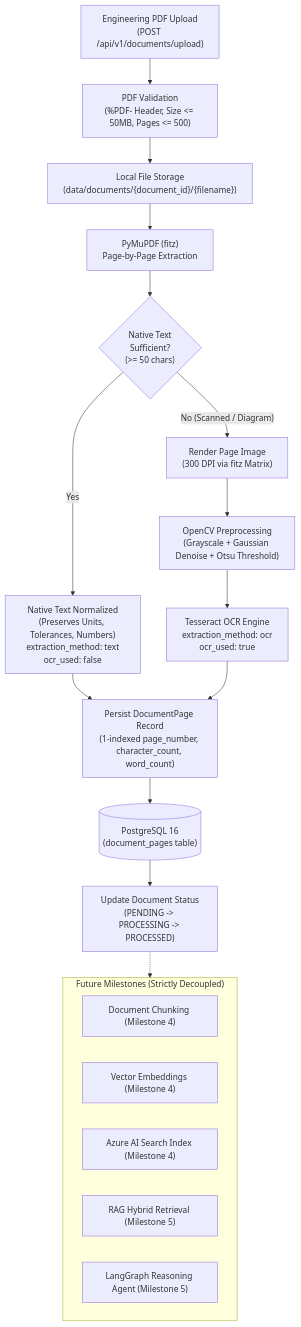
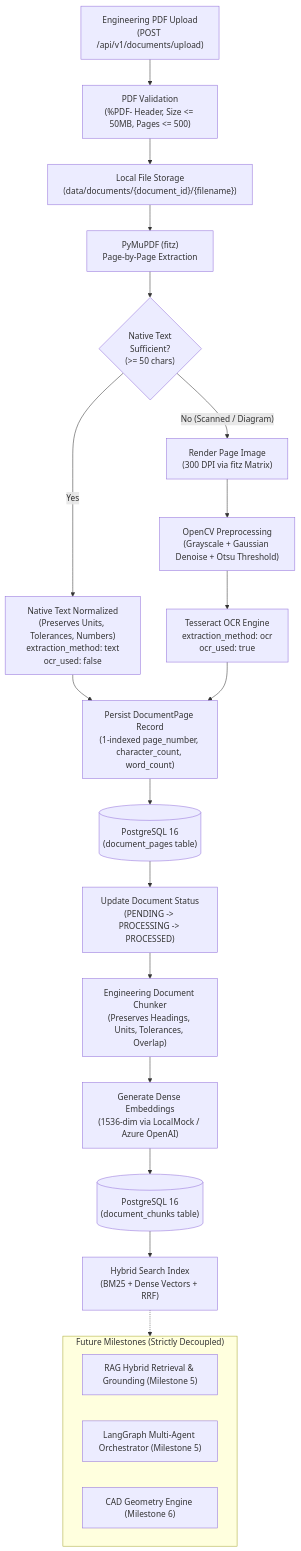
Before and after one commit to chargedleo/engineering-document-copilot: the second of 2 diagrams in architecture.md, drawn with Mermaid. The commit also changed other lines of this file and 28 other files, not shown here.

Commit message:
Complete Milestone 4 chunking and hybrid search

````diff
--- a/architecture.md
+++ b/architecture.md
@@ -118,29 +127,32 @@
 ```mermaid
 flowchart TD
     Upload["Engineering PDF Upload\n(POST /api/v1/documents/upload)"] --> Validation["PDF Validation\n(%PDF- Header, Size <= 50MB, Pages <= 500)"]
     Validation --> LocalStore["Local File Storage\n(data/documents/{document_id}/{filename})"]
     LocalStore --> PyMuPDF["PyMuPDF (fitz)\nPage-by-Page Extraction"]
     PyMuPDF --> Heuristic{"Native Text\nSufficient?\n(>= 50 chars)"}
 
     Heuristic -- Yes --> NativePath["Native Text Normalized\n(Preserves Units, Tolerances, Numbers)\nextraction_method: text\nocr_used: false"]
     Heuristic -- No (Scanned / Diagram) --> Render["Render Page Image\n(300 DPI via fitz Matrix)"]
 
     Render --> CV2["OpenCV Preprocessing\n(Grayscale + Gaussian Denoise + Otsu Threshold)"]
     CV2 --> OCR["Tesseract OCR Engine\nextraction_method: ocr\nocr_used: true"]
 
     NativePath --> SavePage["Persist DocumentPage Record\n(1-indexed page_number, character_count, word_count)"]
     OCR --> SavePage
 
     SavePage --> PostgresPages[("PostgreSQL 16\n(document_pages table)")]
     PostgresPages --> FinalStatus["Update Document Status\n(PENDING -> PROCESSING -> PROCESSED)"]
 
+    FinalStatus --> Chunking["Engineering Document Chunker\n(Preserves Headings, Units, Tolerances, Overlap)"]
+    Chunking --> EmbeddingGen["Generate Dense Embeddings\n(1536-dim via LocalMock / Azure OpenAI)"]
+    EmbeddingGen --> SaveChunks[("PostgreSQL 16\n(document_chunks table)")]
+    SaveChunks --> IndexSearch["Hybrid Search Index\n(BM25 + Dense Vectors + RRF)"]
+
     subgraph FuturePhases["Future Milestones (Strictly Decoupled)"]
-        Chunking["Document Chunking (Milestone 4)"]
-        Embeddings["Vector Embeddings (Milestone 4)"]
-        Search["Azure AI Search Index (Milestone 4)"]
-        RAG["RAG Hybrid Retrieval (Milestone 5)"]
-        LangGraph["LangGraph Reasoning Agent (Milestone 5)"]
+        RAG["RAG Hybrid Retrieval & Grounding (Milestone 5)"]
+        LangGraph["LangGraph Multi-Agent Orchestrator (Milestone 5)"]
+        CAD["CAD Geometry Engine (Milestone 6)"]
     end
 
-    FinalStatus -.-> FuturePhases
+    IndexSearch -.-> FuturePhases
 ```
````
